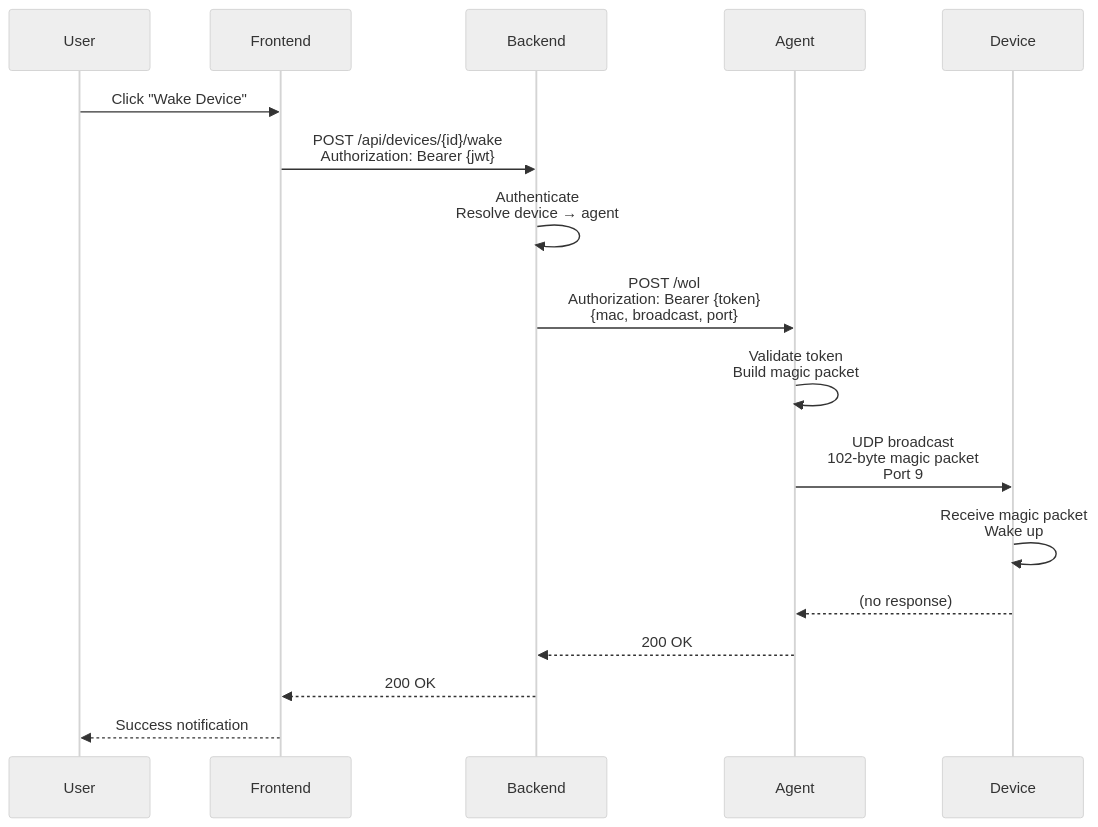
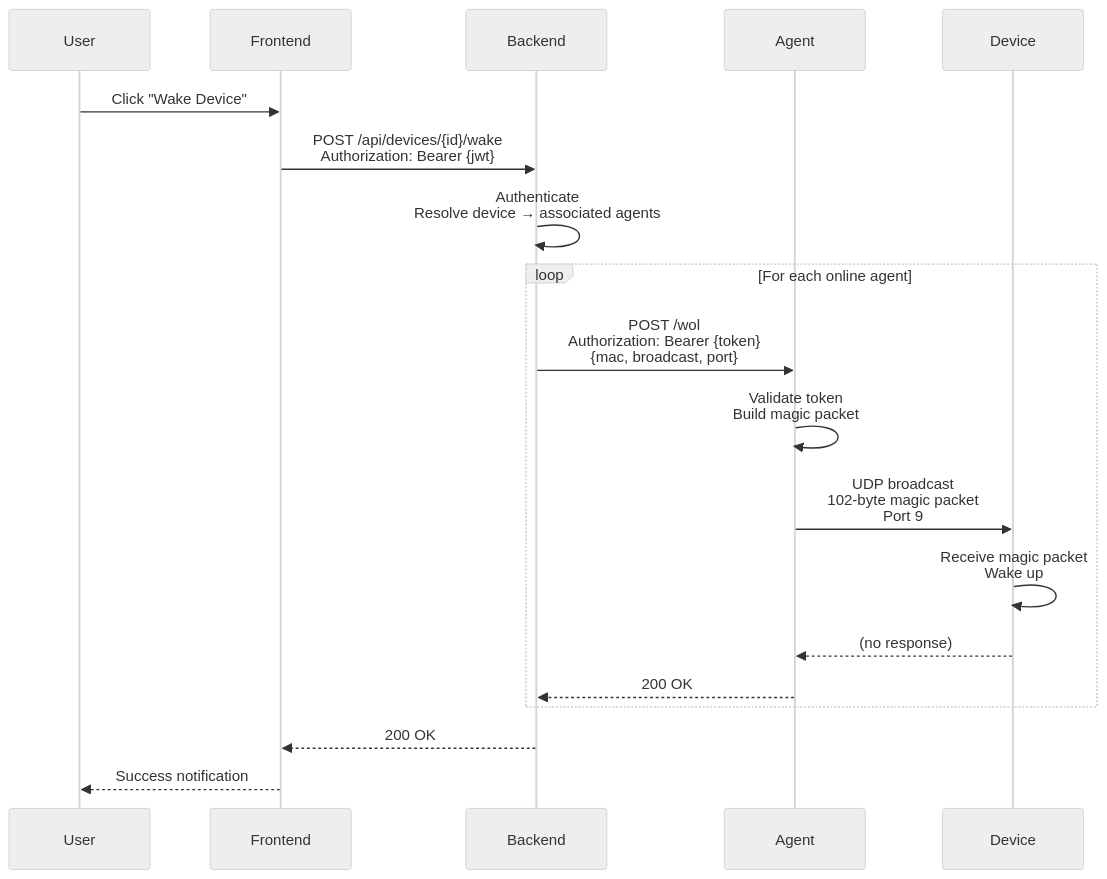
One commit to kotsiossp97/powerbeacon changed the second of 4 diagrams in docs/docs/architecture/overview.md. Above: the diagram before and after it, drawn with Mermaid (neutral theme). The commit also changed other lines of this file and 49 other files, not shown here.

````diff
--- a/docs/docs/architecture/overview.md
+++ b/docs/docs/architecture/overview.md
@@ -46,20 +53,22 @@
 ```mermaid
 sequenceDiagram
     participant User
     participant Frontend
     participant Backend
     participant Agent
     participant Device
     
     User->>Frontend: Click "Wake Device"
     Frontend->>Backend: POST /api/devices/{id}/wake<br/>Authorization: Bearer {jwt}
-    Backend->>Backend: Authenticate<br/>Resolve device → agent
-    Backend->>Agent: POST /wol<br/>Authorization: Bearer {token}<br/>{mac, broadcast, port}
-    Agent->>Agent: Validate token<br/>Build magic packet
-    Agent->>Device: UDP broadcast<br/>102-byte magic packet<br/>Port 9
-    Device->>Device: Receive magic packet<br/>Wake up
-    Device-->>Agent: (no response)
-    Agent-->>Backend: 200 OK
+    Backend->>Backend: Authenticate<br/>Resolve device → associated agents
+    loop For each online agent
+        Backend->>Agent: POST /wol<br/>Authorization: Bearer {token}<br/>{mac, broadcast, port}
+        Agent->>Agent: Validate token<br/>Build magic packet
+        Agent->>Device: UDP broadcast<br/>102-byte magic packet<br/>Port 9
+        Device->>Device: Receive magic packet<br/>Wake up
+        Device-->>Agent: (no response)
+        Agent-->>Backend: 200 OK
+    end
     Backend-->>Frontend: 200 OK
     Frontend-->>User: Success notification
 ```
````
